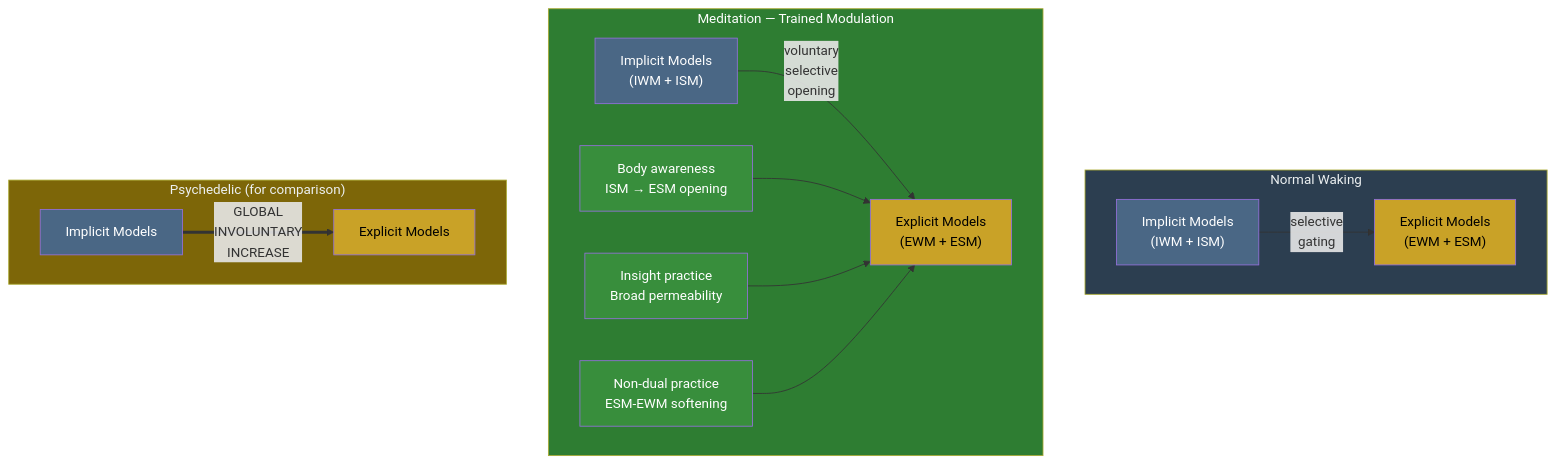
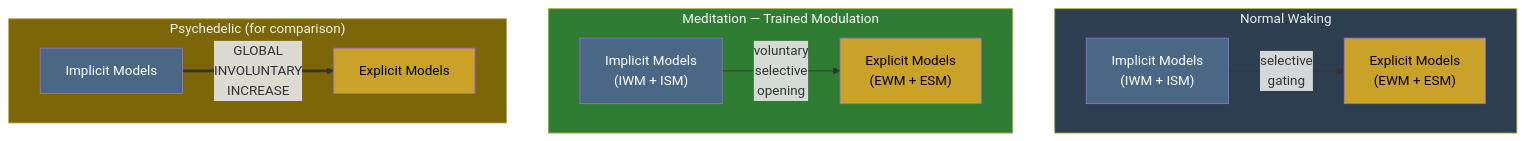
The diagram in wiki/phenomena/meditation.md (JeltzProstetnic/aIware), drawn with Mermaid before and after one commit. The commit also changed other lines of this file and 26 other files, not shown here.

````diff
--- a/wiki/phenomena/meditation.md
+++ b/wiki/phenomena/meditation.md
@@ -64,36 +44,27 @@
 ```mermaid
 graph TD
     subgraph Normal["Normal Waking"]
         N_Imp["Implicit Models<br/>(IWM + ISM)"]
         N_Imp -->|"selective<br/>gating"| N_Exp["Explicit Models<br/>(EWM + ESM)"]
     end
 
     subgraph Meditation["Meditation — Trained Modulation"]
         M_Imp["Implicit Models<br/>(IWM + ISM)"]
-        M_Body["Body awareness<br/>ISM → ESM opening"]
-        M_Insight["Insight practice<br/>Broad permeability"]
-        M_NonDual["Non-dual practice<br/>ESM-EWM softening"]
         M_Imp -->|"voluntary<br/>selective<br/>opening"| M_Exp["Explicit Models<br/>(EWM + ESM)"]
-        M_Body --> M_Exp
-        M_Insight --> M_Exp
-        M_NonDual --> M_Exp
     end
 
     subgraph Psychedelic["Psychedelic (for comparison)"]
         P_Imp["Implicit Models"]
         P_Imp ==>|"GLOBAL<br/>INVOLUNTARY<br/>INCREASE"| P_Exp["Explicit Models"]
     end
 
     style Normal fill:#2c3e50,color:#ecf0f1
     style Meditation fill:#2e7d32,color:#fff
     style Psychedelic fill:#7d6608,color:#ecf0f1
     style N_Imp fill:#4a6785,color:#fff
     style N_Exp fill:#c9a227,color:#000
     style M_Imp fill:#4a6785,color:#fff
     style M_Exp fill:#c9a227,color:#000
-    style M_Body fill:#388E3C,color:#fff
-    style M_Insight fill:#388E3C,color:#fff
-    style M_NonDual fill:#388E3C,color:#fff
     style P_Imp fill:#4a6785,color:#fff
     style P_Exp fill:#c9a227,color:#000
 ```
````
